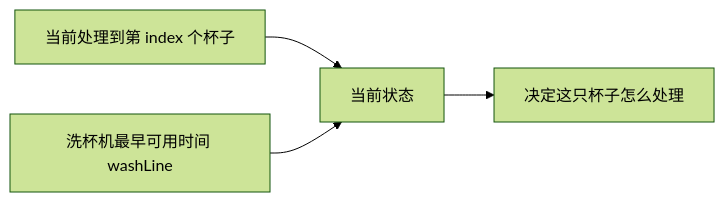
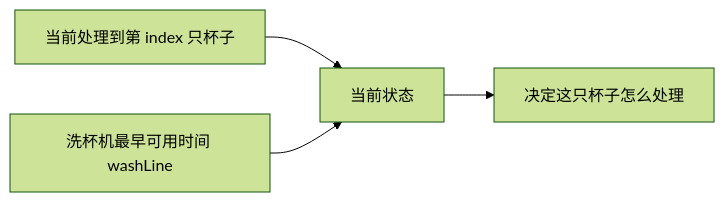
The first of 3 diagrams in my-notes/01-基础巩固/13-暴力递归到动态规划2-尝试模型/15-尝试模型4-寻找业务限制-咖啡杯清洗问题.md (freeedoooooo/algs), drawn with Mermaid (forest theme) before and after one commit. The commit also changed other lines of this file and 3 other files, not shown here.

````diff
--- a/my-notes/01-基础巩固/13-暴力递归到动态规划2-尝试模型/15-尝试模型4-寻找业务限制-咖啡杯清洗问题.md
+++ b/my-notes/01-基础巩固/13-暴力递归到动态规划2-尝试模型/15-尝试模型4-寻找业务限制-咖啡杯清洗问题.md
@@ -77,6 +48,6 @@
 ```mermaid
 graph LR
-    A["当前处理到第 index 个杯子"] --> C["当前状态"]
+    A["当前处理到第 index 只杯子"] --> C["当前状态"]
     B["洗杯机最早可用时间 washLine"] --> C
     C --> D["决定这只杯子怎么处理"]
 ```
````
